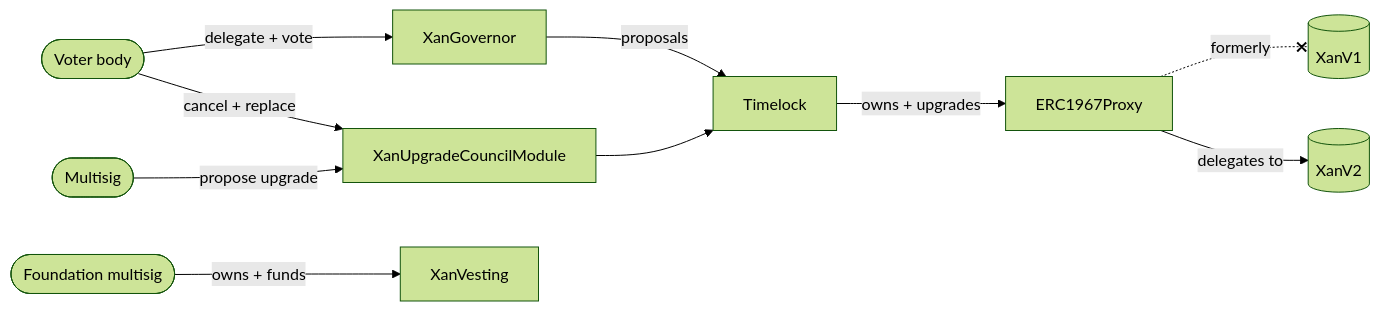
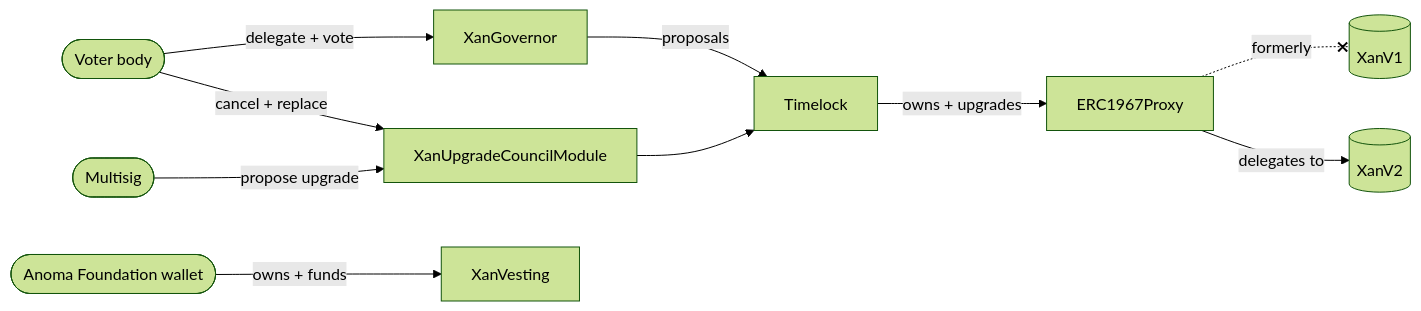
The diagram in CONTEXT.md (anoma/token), drawn with Mermaid (forest theme) before and after one commit. The commit also changed other lines of this file and 4 other files, not shown here.

Commit message:
docs: name the Anoma Foundation wallet as the XanVesting owner

````diff
--- a/CONTEXT.md
+++ b/CONTEXT.md
@@ -9,24 +9,24 @@
 ```mermaid
 flowchart LR
     voters([Voter body])
     gov[XanGovernor]
     multisig([Multisig])
     module[XanUpgradeCouncilModule]
     timelock[Timelock]
     proxy[ERC1967Proxy]
     tokenV1[(XanV1)]
     token[(XanV2)]
     vesting[XanVesting]
-    foundation([Foundation multisig])
+    foundation([Anoma Foundation wallet])
 
     voters -->|delegate + vote| gov
     gov -->|proposals| timelock
     multisig -->|propose upgrade| module
     module --> timelock
     timelock -->|owns + upgrades| proxy
     proxy -. formerly .-x tokenV1
     proxy -->|delegates to| token
 
     voters -->|cancel + replace| module
     foundation -->|owns + funds| vesting
 ```
````
